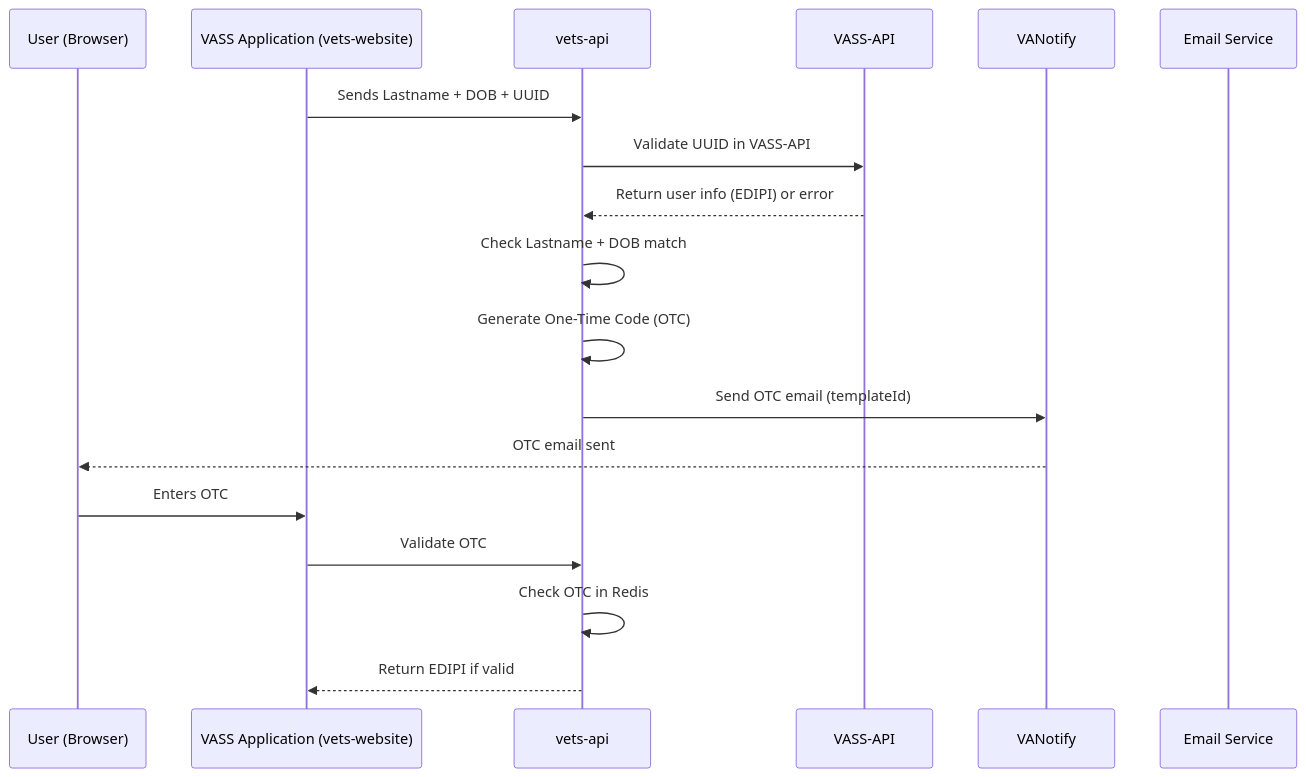
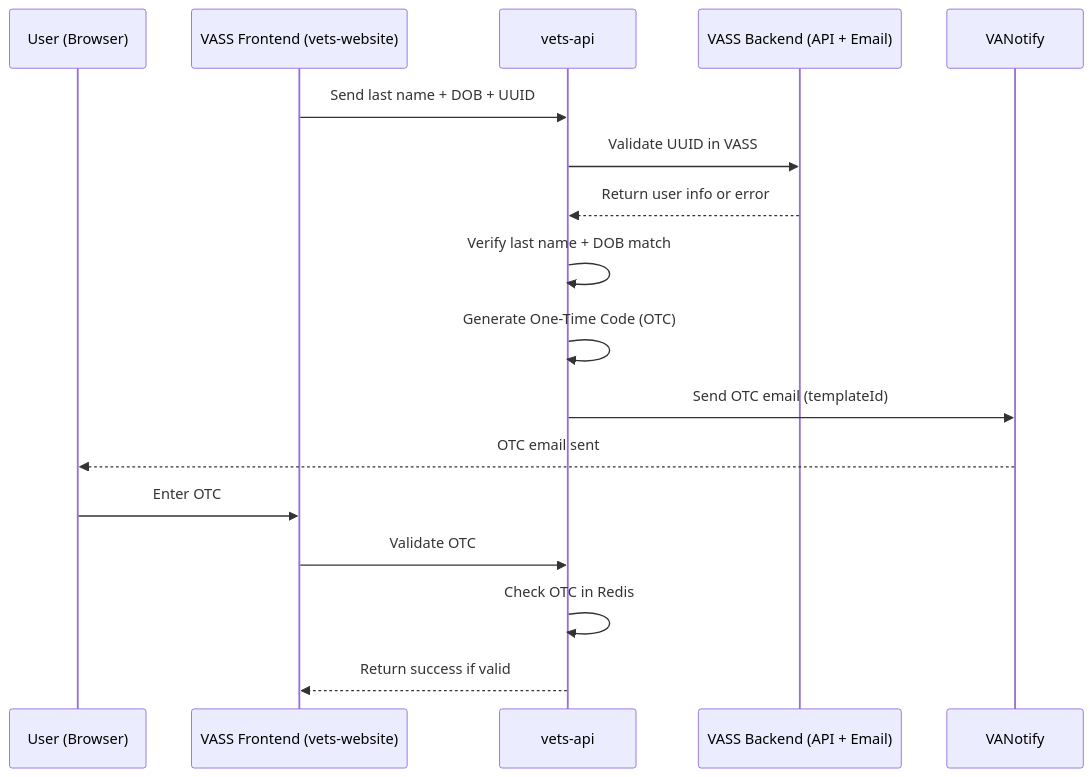
One commit to department-of-veterans-affairs/va.gov-team changed the third of 3 diagrams in products/health-care/appointments/va-online-scheduling/initiatives/solid-start-scheduling/engineering/sequence-diagrams/otc-flow.md. Above: the diagram before and after it, drawn with Mermaid.

````diff
--- a/products/health-care/appointments/va-online-scheduling/initiatives/solid-start-scheduling/engineering/sequence-diagrams/otc-flow.md
+++ b/products/health-care/appointments/va-online-scheduling/initiatives/solid-start-scheduling/engineering/sequence-diagrams/otc-flow.md
@@ -93,23 +93,23 @@
 ```mermaid
 sequenceDiagram
-    participant U as User (Browser)
-    participant F as VASS Application (vets-website)
-    participant V as vets-api
-    participant S as VASS-API
-    participant N as VANotify
-    participant E as Email Service
-    %% Step 1: request OTC
-    F->>V: Sends Lastname + DOB + UUID
-    V->>S: Validate UUID in VASS-API
-    S-->>V: Return user info (EDIPI) or error
-    V->>V: Check Lastname + DOB match
-    V->>V: Generate One-Time Code (OTC)
-    V->>N: Send OTC email (templateId)
-    N-->>U: OTC email sent
+    participant user as User (Browser)
+    participant vetsWebsite as VASS Frontend (vets-website)
+    participant vetsApi as vets-api
+    participant vassBackend as VASS Backend (API + Email)
+    participant vaNotify as VANotify
+
+    %% Step 1: Request One-Time Code (OTC)
+    vetsWebsite->>vetsApi: Send last name + DOB + UUID
+    vetsApi->>vassBackend: Validate UUID in VASS
+    vassBackend-->>vetsApi: Return user info or error
+    vetsApi->>vetsApi: Verify last name + DOB match
+    vetsApi->>vetsApi: Generate One-Time Code (OTC)
+    vetsApi->>vaNotify: Send OTC email (templateId)
+    vaNotify-->>user: OTC email sent
 
     %% Step 2: User enters OTC
-    U->>F: Enters OTC
-    F->>V: Validate OTC
-    V->>V: Check OTC in Redis
-    V-->>F: Return EDIPI if valid
+    user->>vetsWebsite: Enter OTC
+    vetsWebsite->>vetsApi: Validate OTC
+    vetsApi->>vetsApi: Check OTC in Redis
+    vetsApi-->>vetsWebsite: Return success if valid
 ```
````
